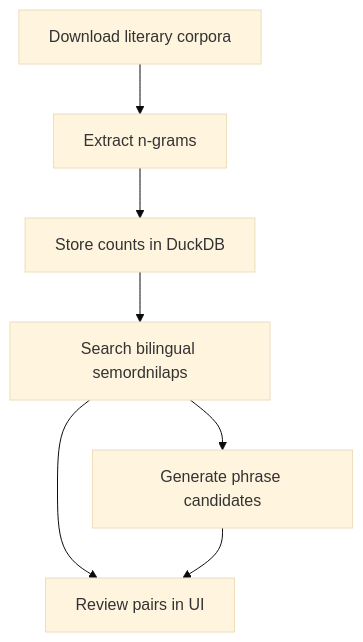
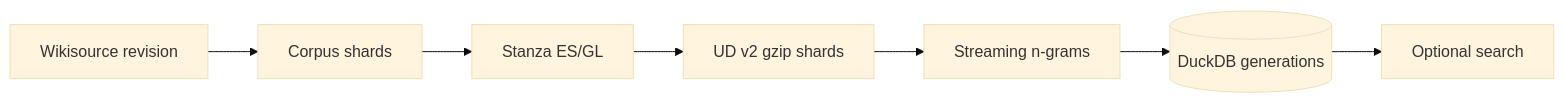
The diagram in README.md (CristoJV/semordnilap), drawn with Mermaid (base theme) before and after one commit. The commit also changed other lines of this file and 138 other files, not shown here.

````diff
--- a/README.md
+++ b/README.md
@@ -35,9 +6,9 @@
 ```mermaid
-flowchart TD
-    A[Download literary corpora] --> B[Extract n-grams]
-    B --> C[Store counts in DuckDB]
-    C --> D[Search bilingual semordnilaps]
-    D --> E[Generate phrase candidates]
-    D --> F[Review pairs in UI]
-    E --> F
+flowchart LR
+    H[Wikisource revision] --> C[Corpus shards]
+    C --> T[Stanza ES/GL]
+    T --> U[UD v2 gzip shards]
+    U --> N[Streaming n-grams]
+    N --> D[(DuckDB generations)]
+    D --> S[Optional search]
 ```
````
